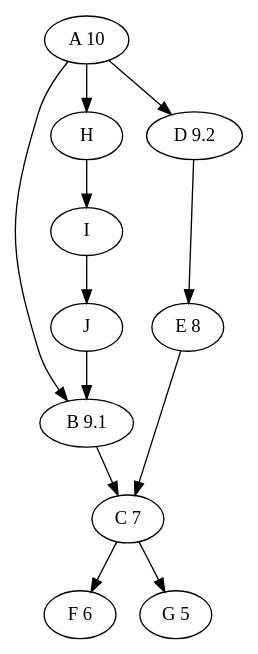
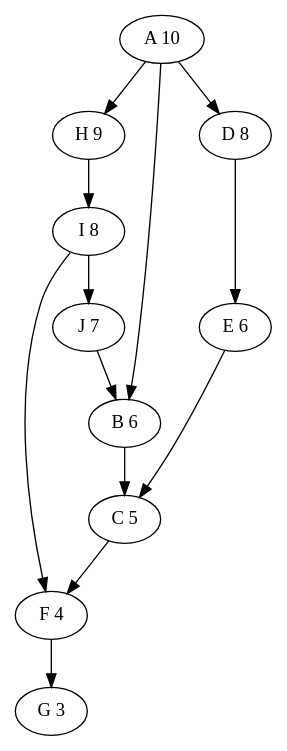
Before and after one commit to cyisfor/story-generator: the diagram in example_commit_tree.dot, drawn with Graphviz.

Commit message:
auto 0 26 193

```diff
--- a/example_commit_tree.dot
+++ b/example_commit_tree.dot
@@ -1,23 +1,28 @@
 digraph log {
 	A [label="A 10"];
-	B [label="B 9.1"];
-	D [label="D 9.2"];
-	E [label="E 8"];
-	C [label="C 7"]; // must be less than all upstream
-	F [label="F 6"];
-	G [label="G 5"];
+	H [label="H 9"];
+	I [label="I 8"];
+	J [label="J 7"];
+	B [label="B 6"];
+	D [label="D 8"];
+	E [label="E 6"];
+	C [label="C 5"]; // must be less than all upstream
+	F [label="F 4"];
+	G [label="G 3"];
 
 
 	A -> B;
 	A -> D;
 	A -> H;
 	H -> I;
 	I -> J;
 	J -> B;
 	
 	B -> C;
 	D -> E;
 	E -> C;
 	C -> F;
-	C -> G;
+	F -> G;
+	I -> F;
+	
 }
```
